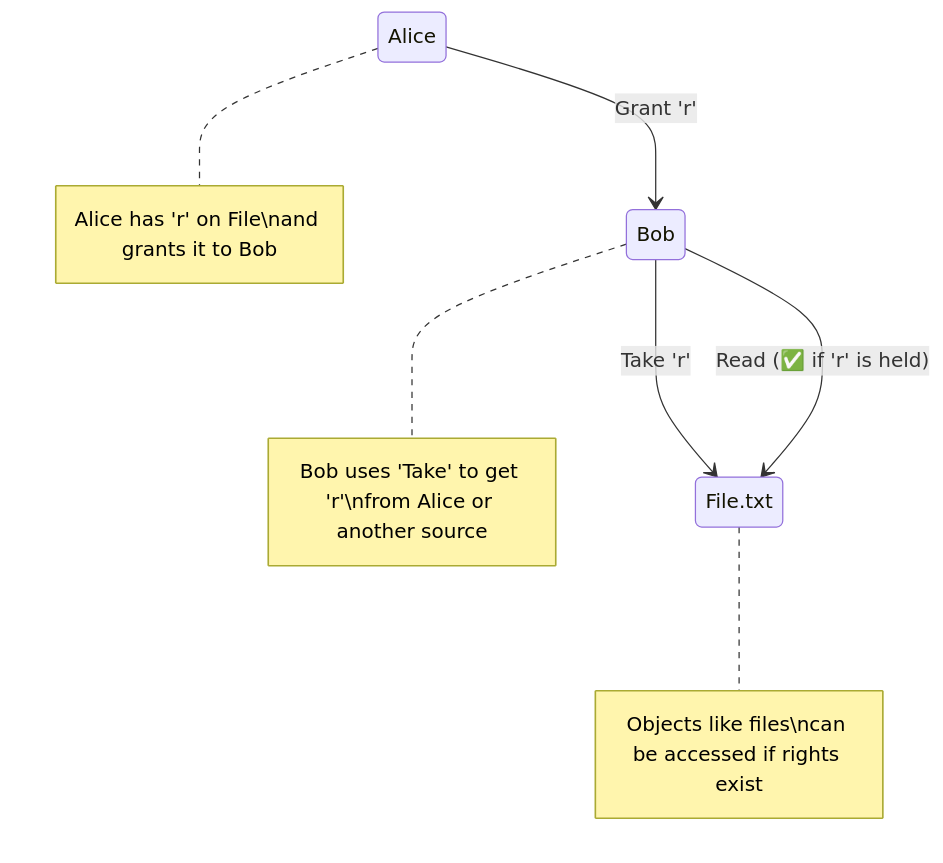
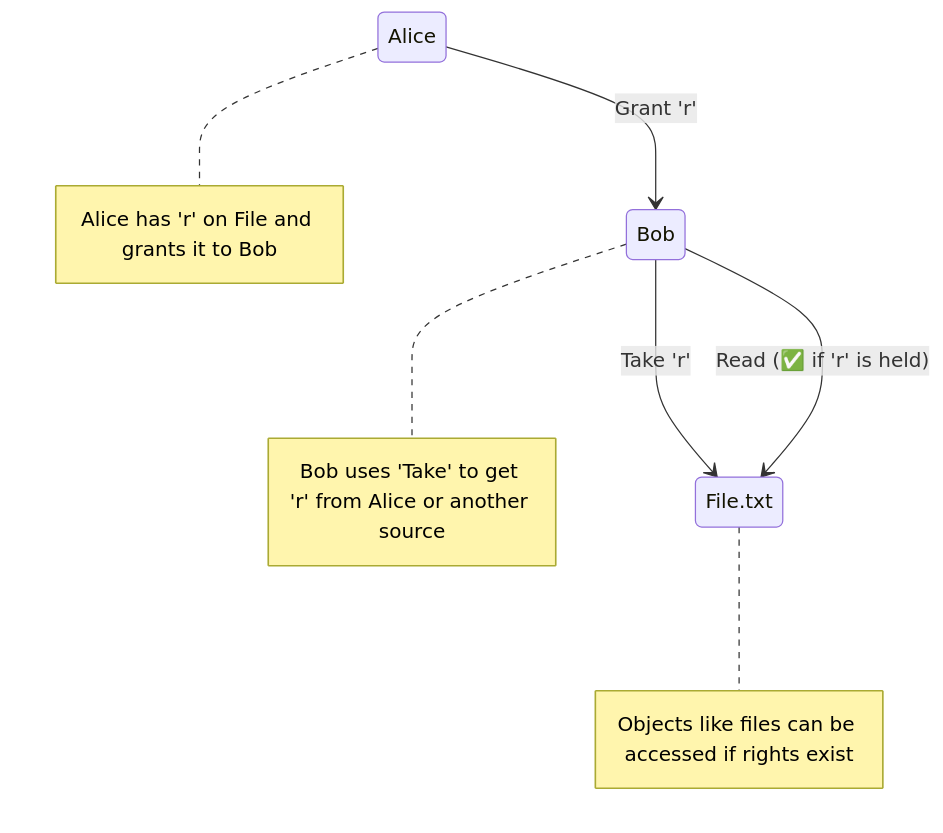
One commit to lorenzoleonelli/CISSP-Zero-to-Hero changed diagram 11 of 11 in DOMAIN3: Security Architecture and Engineering/3.02 Understand the fundamental concepts of security models (e.g. Biba, STar Model, Bell Lapadula).md. Above: the diagram before and after it, drawn with Mermaid. The commit also changed other lines of this file, not shown here.

Commit message:
Update 3.02 Understand the fundamental concepts of security models (e.g. Biba, STar Model, Bell Lapadula).md

````diff
--- a/DOMAIN3: Security Architecture and Engineering/3.02 Understand the fundamental concepts of security models (e.g. Biba, STar Model, Bell Lapadula).md
+++ b/DOMAIN3: Security Architecture and Engineering/3.02 Understand the fundamental concepts of security models (e.g. Biba, STar Model, Bell Lapadula).md
@@ -381,24 +381,24 @@
 ```mermaid
 stateDiagram-v2
     direction TB
 
     state "Alice" as Alice
     state "Bob" as Bob
     state "File.txt" as File
 
     Alice --> Bob : Grant 'r'
     Bob --> File : Take 'r'
     Bob --> File : Read (✅ if 'r' is held)
 
     note right of Alice
-      Alice has 'r' on File\nand grants it to Bob
+      Alice has 'r' on File and grants it to Bob
     end note
 
     note right of Bob
-      Bob uses 'Take' to get 'r'\nfrom Alice or another source
+      Bob uses 'Take' to get 'r' from Alice or another source
     end note
 
     note right of File
-      Objects like files\ncan be accessed if rights exist
+      Objects like files can be accessed if rights exist
     end note
 ```
````
